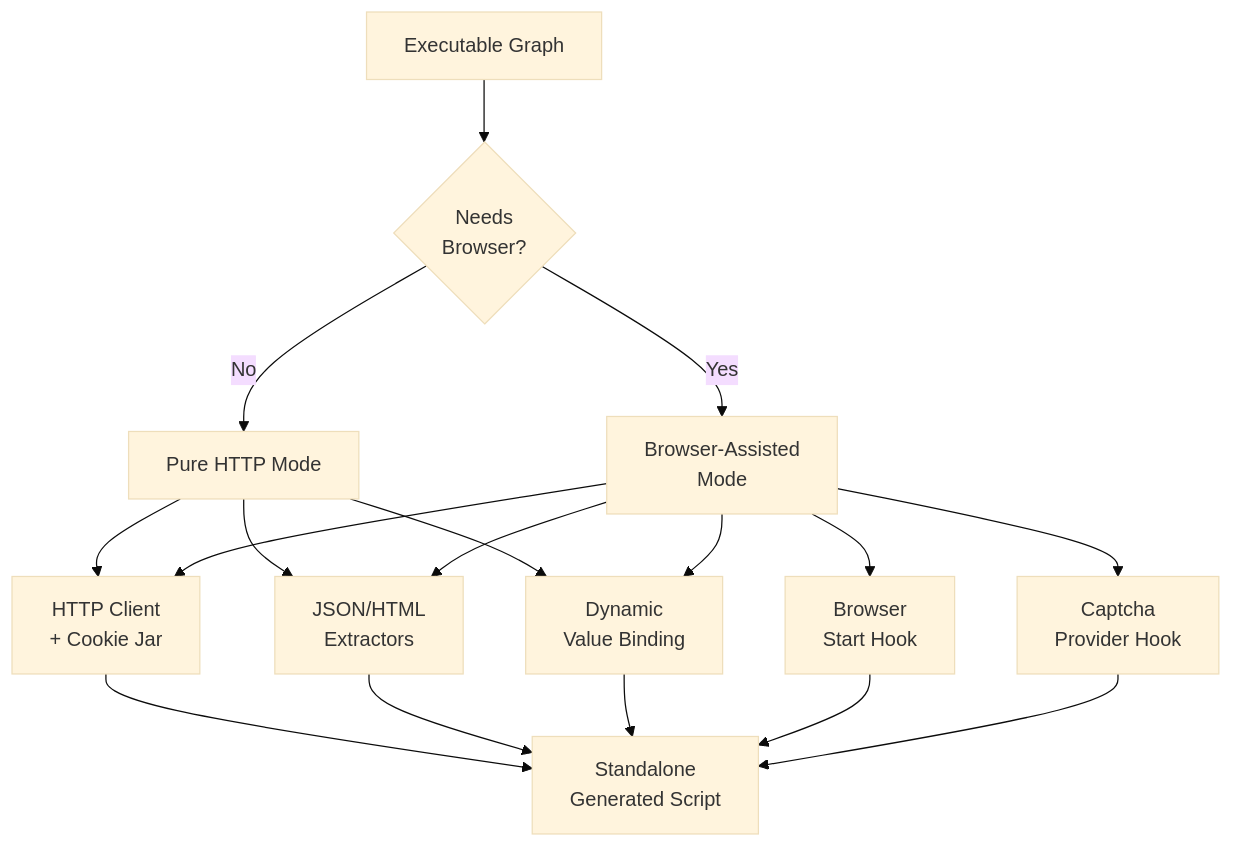
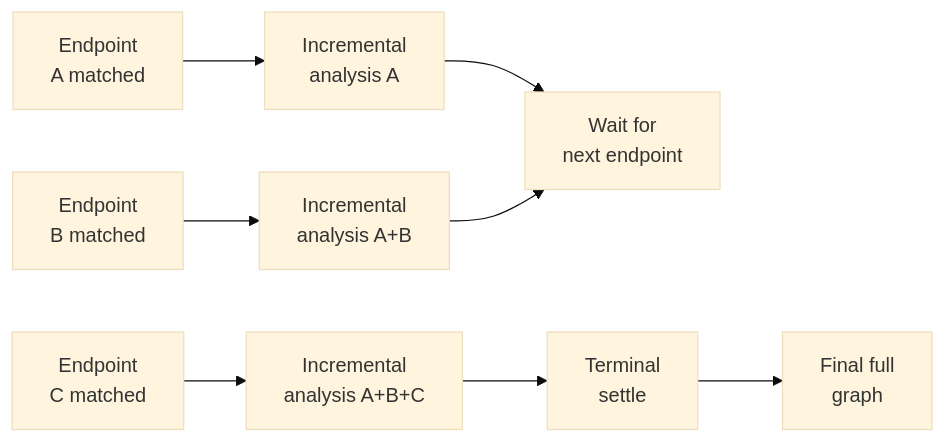
One commit to Aran404/autohttp changed the third of 3 diagrams in .agents/specs/architecture.md. Above: the diagram before and after it, drawn with Mermaid (base theme). The commit also changed other lines of this file and 8 other files, not shown here.

Commit message:
docs(specs): rewrite to new python browser + gRPC streaming architecture

````diff
--- a/.agents/specs/architecture.md
+++ b/.agents/specs/architecture.md
@@ -255,22 +292,12 @@
 ```mermaid
-flowchart TD
-    Graph[Executable Graph] --> Need{Needs<br>Browser?}
-    Need -- No --> Pure[Pure HTTP Mode]
-    Need -- Yes --> Assisted[Browser-Assisted<br>Mode]
+flowchart LR
+    M1[Endpoint<br>A matched] --> Inc1[Incremental<br>analysis A]
+    Inc1 --> Wait[Wait for<br>next endpoint]
 
-    Pure --> Client[HTTP Client<br>+ Cookie Jar]
-    Pure --> Extract[JSON/HTML<br>Extractors]
-    Pure --> Bind[Dynamic<br>Value Binding]
+    M2[Endpoint<br>B matched] --> Inc2[Incremental<br>analysis A+B]
+    Inc2 --> Wait
 
-    Assisted --> Client
-    Assisted --> Extract
-    Assisted --> Bind
-    Assisted --> Hook[Browser<br>Start Hook]
-    Assisted --> Cap[Captcha<br>Provider Hook]
-
-    Client --> Script[Standalone<br>Generated Script]
-    Extract --> Script
-    Bind --> Script
-    Hook --> Script
-    Cap --> Script
+    M3[Endpoint<br>C matched] --> Inc3[Incremental<br>analysis A+B+C]
+    Inc3 --> Term[Terminal<br>settle]
+    Term --> Final[Final full<br>graph]
 ```
````
